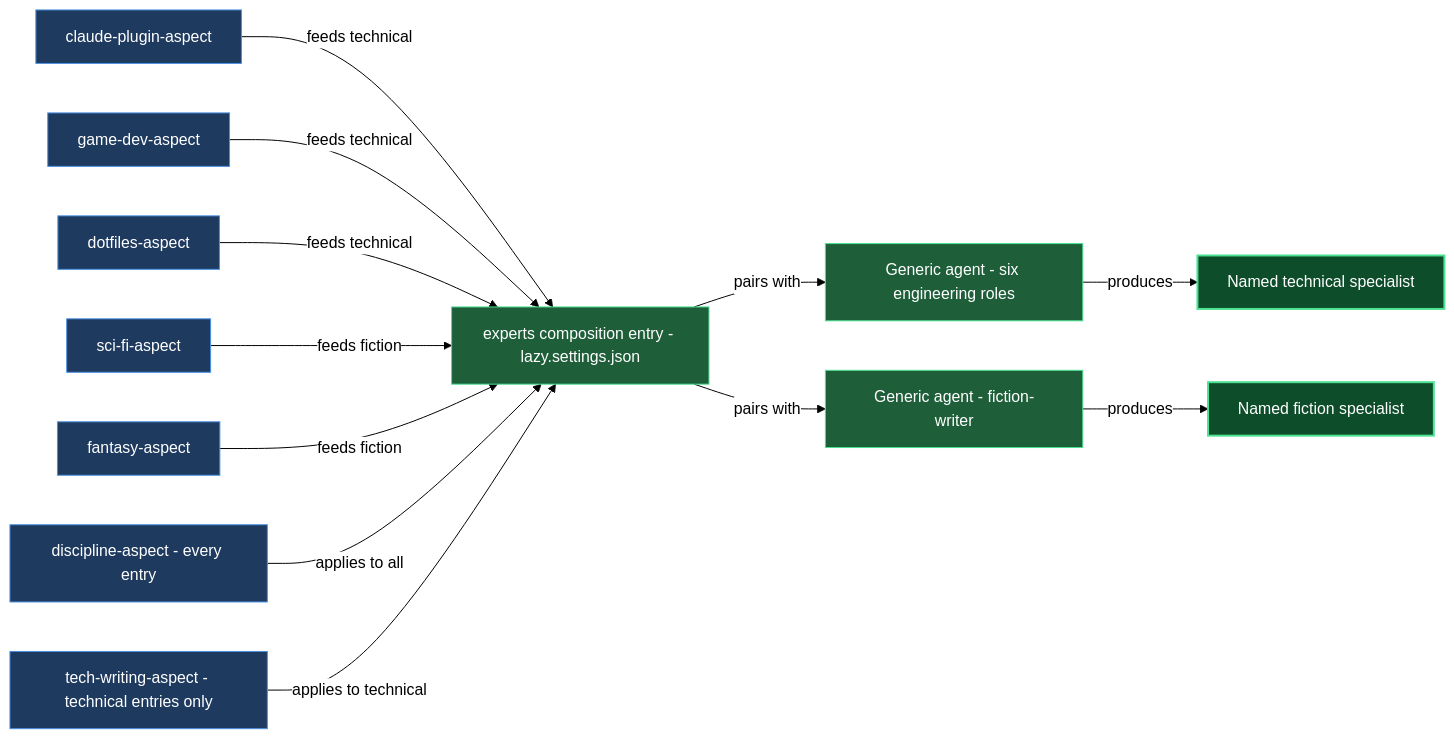
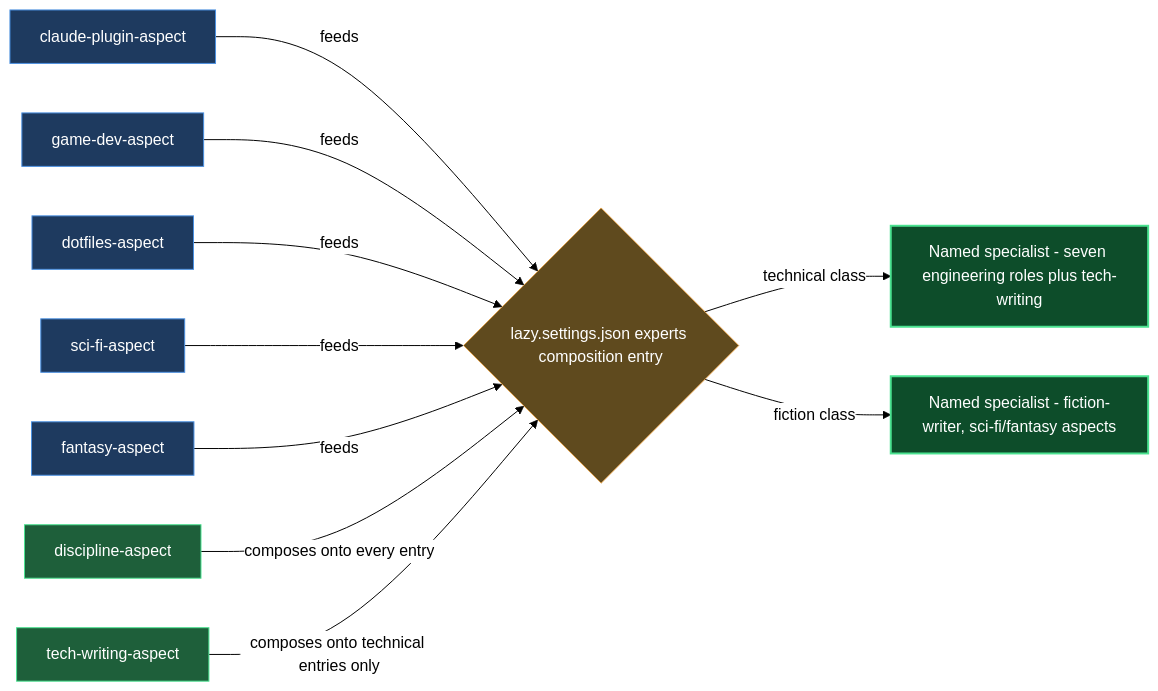
Before and after one commit to mebius-san/lazy-cortex: the diagram in claude/lazycortex-experts/help/aspects.md, drawn with Mermaid. The commit also changed other lines of this file and 65 other files, not shown here.

````diff
--- a/claude/lazycortex-experts/help/aspects.md
+++ b/claude/lazycortex-experts/help/aspects.md
@@ -82,45 +83,40 @@
 ```mermaid
 %%{init: {'themeVariables':{'background':'transparent','lineColor':'#000','textColor':'#000','edgeLabelBackground':'#fff'},'themeCSS':'.edgeLabel{background-color:transparent!important}.edgeLabel p{background-color:transparent!important}','flowchart':{'diagramPadding':5,'useMaxWidth':true}}}%%
 flowchart LR
   claudePluginAspect[claude-plugin-aspect]
   gameDevAspect[game-dev-aspect]
   dotfilesAspect[dotfiles-aspect]
   sciFiAspect[sci-fi-aspect]
   fantasyAspect[fantasy-aspect]
-  disciplineAspect[discipline-aspect - every entry]
-  techWritingAspect[tech-writing-aspect - technical entries only]
-  expertsComposition[experts composition entry - lazy.settings.json]
-  engineeringRolesAgent[Generic agent - six engineering roles]
-  fictionWriterAgent[Generic agent - fiction-writer]
-  technicalSpecialist[Named technical specialist]
-  fictionSpecialist[Named fiction specialist]
+  disciplineAspect[discipline-aspect]
+  techWritingAspect[tech-writing-aspect]
+  expertsComposition{lazy.settings.json experts composition entry}
+  technicalSpecialist[Named specialist - seven engineering roles plus tech-writing]
+  fictionSpecialist[Named specialist - fiction-writer, sci-fi/fantasy aspects]
 
-  claudePluginAspect -->|feeds technical| expertsComposition
-  gameDevAspect -->|feeds technical| expertsComposition
-  dotfilesAspect -->|feeds technical| expertsComposition
-  sciFiAspect -->|feeds fiction| expertsComposition
-  fantasyAspect -->|feeds fiction| expertsComposition
-  disciplineAspect -->|applies to all| expertsComposition
-  techWritingAspect -->|applies to technical| expertsComposition
-  expertsComposition -->|pairs with| engineeringRolesAgent
-  expertsComposition -->|pairs with| fictionWriterAgent
-  engineeringRolesAgent -->|produces| technicalSpecialist
-  fictionWriterAgent -->|produces| fictionSpecialist
+  claudePluginAspect -->|feeds| expertsComposition
+  gameDevAspect -->|feeds| expertsComposition
+  dotfilesAspect -->|feeds| expertsComposition
+  sciFiAspect -->|feeds| expertsComposition
+  fantasyAspect -->|feeds| expertsComposition
+  disciplineAspect -->|composes onto every entry| expertsComposition
+  techWritingAspect -->|composes onto technical entries only| expertsComposition
+  expertsComposition -->|technical class| technicalSpecialist
+  expertsComposition -->|fiction class| fictionSpecialist
 
   classDef entry fill:#1e3a5f,stroke:#4a90e2,color:#fff
+  classDef guard fill:#5f4a1e,stroke:#e2a14a,color:#fff
   classDef action fill:#1e5f3a,stroke:#4ae290,color:#fff
   classDef success fill:#0d4d2a,stroke:#4ae290,color:#fff,stroke-width:2px
 
   class claudePluginAspect entry
   class gameDevAspect entry
   class dotfilesAspect entry
   class sciFiAspect entry
   class fantasyAspect entry
-  class disciplineAspect entry
-  class techWritingAspect entry
-  class expertsComposition action
-  class engineeringRolesAgent action
-  class fictionWriterAgent action
+  class disciplineAspect action
+  class techWritingAspect action
+  class expertsComposition guard
   class technicalSpecialist success
   class fictionSpecialist success
 ```
````
